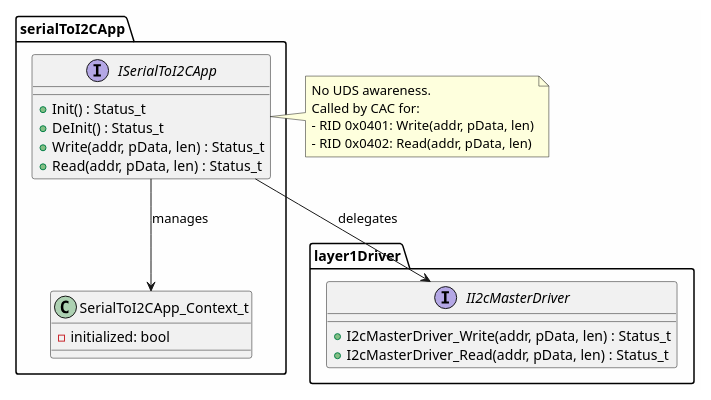
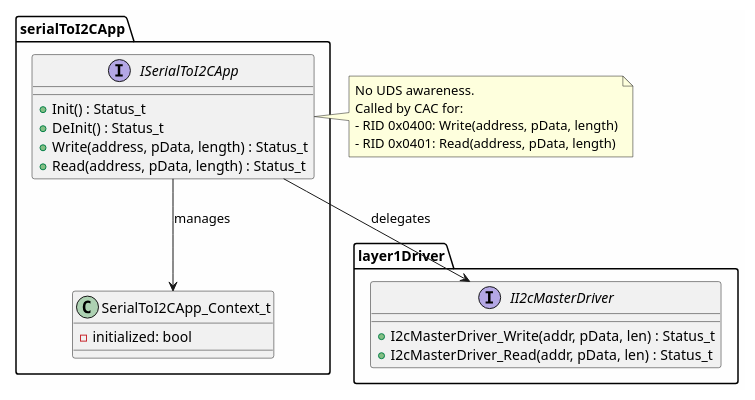
Before and after one commit to LinhTrucVo/Bico_Protocol_Bridge: the diagram in 3_swComp/layer3Application/serialToI2CApp/2_design/serialToI2CAppStaticStructure.puml, drawn with PlantUML. The commit also changed 18 other files, not shown here.

```diff
--- a/3_swComp/layer3Application/serialToI2CApp/2_design/serialToI2CAppStaticStructure.puml
+++ b/3_swComp/layer3Application/serialToI2CApp/2_design/serialToI2CAppStaticStructure.puml
@@ -1,34 +1,34 @@
 @startuml serialToI2CAppStaticStructure
 skinparam backgroundColor #FEFEFE
 
 package "serialToI2CApp" {
     interface ISerialToI2CApp {
         + Init() : Status_t
         + DeInit() : Status_t
-        + Write(addr, pData, len) : Status_t
-        + Read(addr, pData, len) : Status_t
+        + Write(address, pData, length) : Status_t
+        + Read(address, pData, length) : Status_t
     }
 
     class SerialToI2CApp_Context_t {
         - initialized: bool
     }
 
     ISerialToI2CApp --> SerialToI2CApp_Context_t : manages
 }
 
 package "layer1Driver" {
     interface II2cMasterDriver {
         + I2cMasterDriver_Write(addr, pData, len) : Status_t
         + I2cMasterDriver_Read(addr, pData, len) : Status_t
     }
 }
 
 ISerialToI2CApp --> II2cMasterDriver : delegates
 
 note right of ISerialToI2CApp
   No UDS awareness.
   Called by CAC for:
-  - RID 0x0401: Write(addr, pData, len)
-  - RID 0x0402: Read(addr, pData, len)
+  - RID 0x0400: Write(address, pData, length)
+  - RID 0x0401: Read(address, pData, length)
 end note
 @enduml
```
